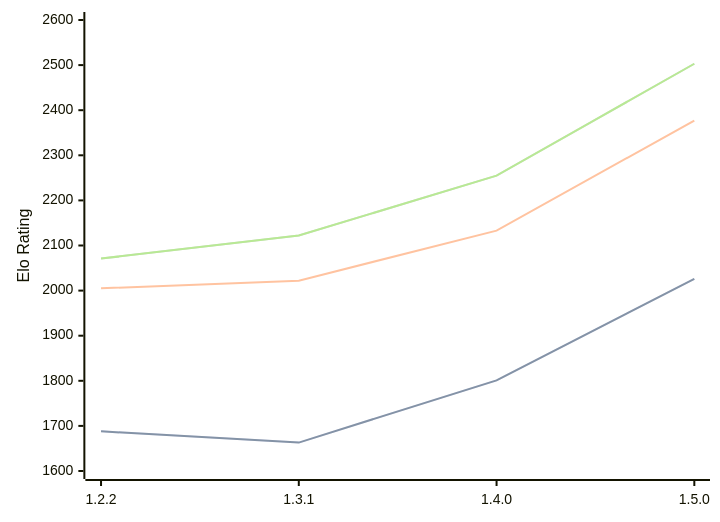
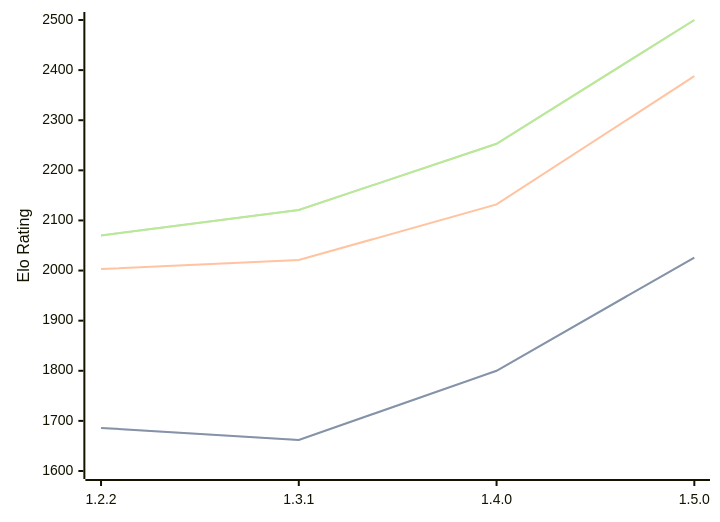
The diagram in engines/SoloEngine.md (computer-chess-index/cci), drawn with Mermaid before and after one commit. The commit also changed other lines of this file, not shown here.

Commit message:
Update CCI Ratings (ELO VLTC) - 2026-03-08

````diff
--- a/engines/SoloEngine.md
+++ b/engines/SoloEngine.md
@@ -32,11 +32,11 @@
 ```mermaid
 %%{init: {"theme":"base","themeVariables":{"seriesColors:['#a3a3a3','#222221','#faa371']}}}%%
 xychart-beta
   x-axis ["1.2.2", "1.3.1", "1.4.0", "1.5.0"]
-  y-axis "Elo Rating" 1600 --> 2600
-  line "STC (8.0+0.08s)" [1688, 1663, 1801, 2026]
-  line "STC (8.0+0.08s)" [1688, 1663, 1801, 2026]
-  line "LTC (60.0+0.60s)" [2005, 2022, 2133, 2377]
-  line "VLTC (2m24s+1.12s)" [2071, 2122, 2255, 2503]
-  line "VLTC (2m24s+1.12s)" [2071, 2122, 2255, 2503]
+  y-axis "Elo Rating" 1600 --> 2500
+  line "STC (8.0+0.08s)" [1686, 1662, 1800, 2026]
+  line "STC (8.0+0.08s)" [1686, 1662, 1800, 2026]
+  line "LTC (60.0+0.60s)" [2003, 2021, 2132, 2388]
+  line "VLTC (2m24s+1.12s)" [2070, 2121, 2253, 2500]
+  line "VLTC (2m24s+1.12s)" [2070, 2121, 2253, 2500]
 ```
````
